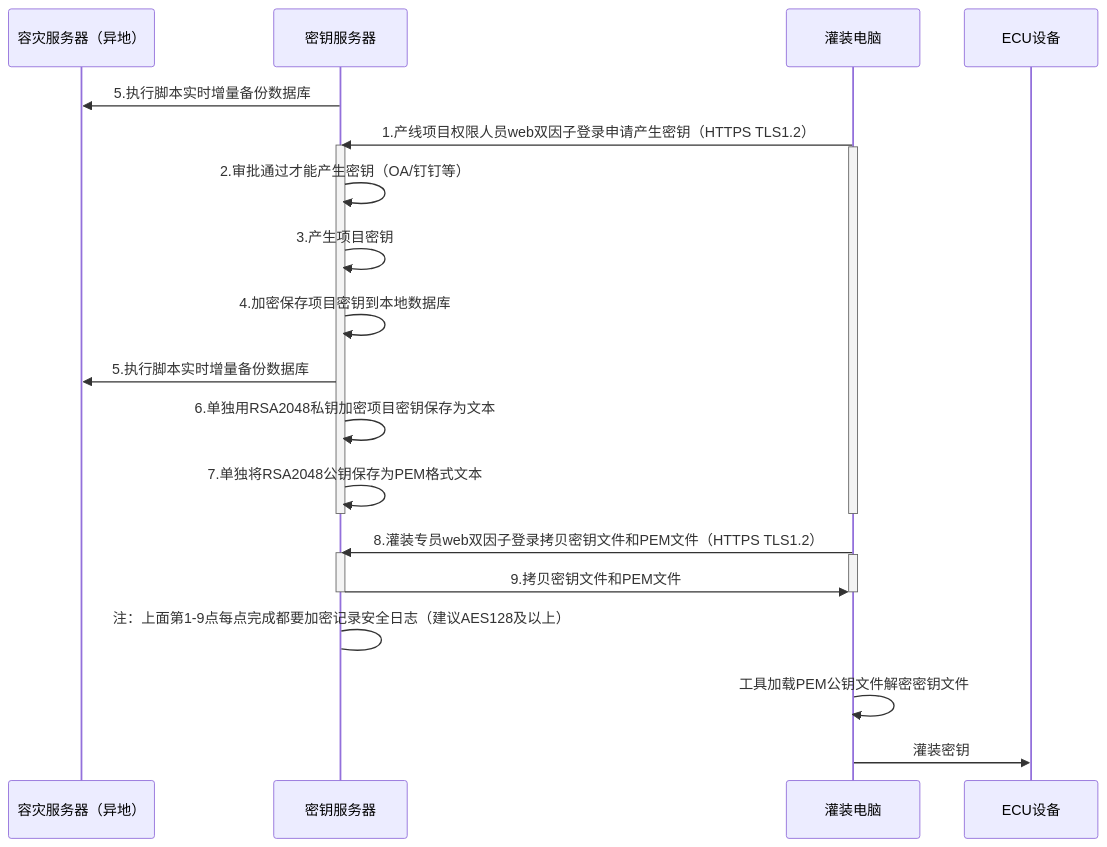
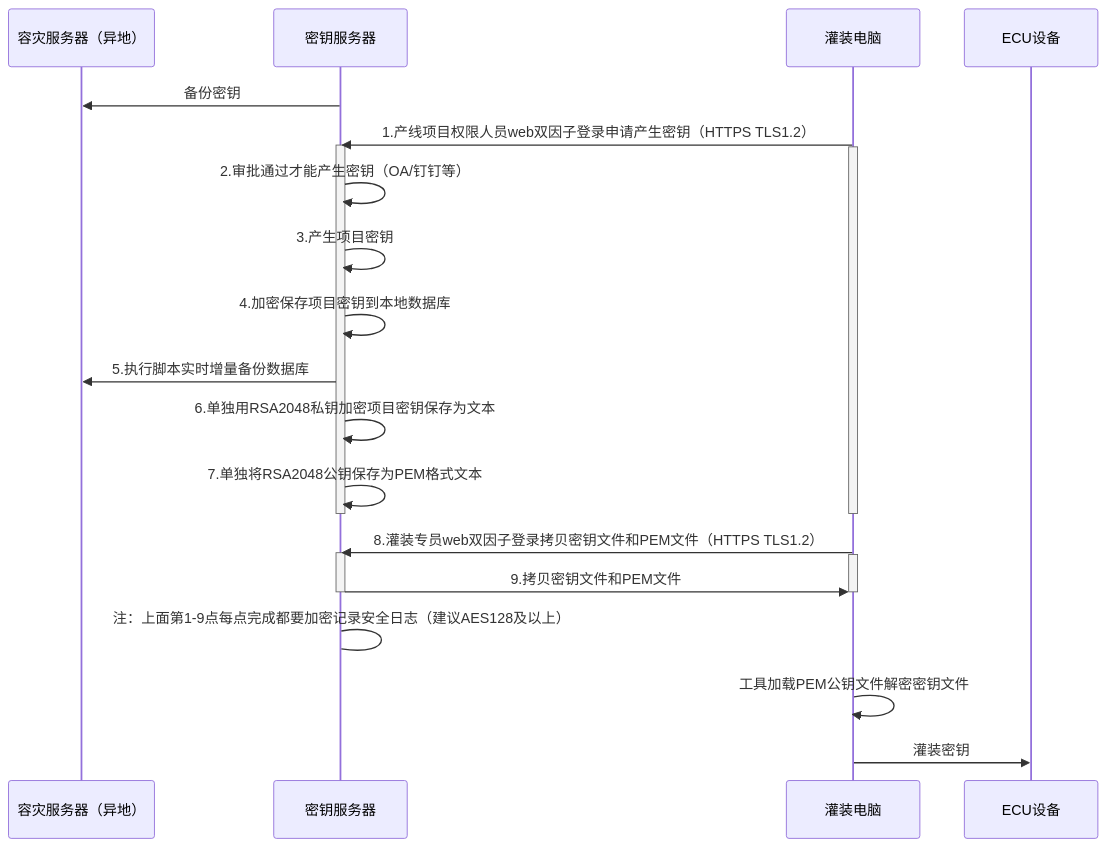
One commit to facebook-cloud/iodraw-files changed the diagram in all/未命名-15.md. Above: the diagram before and after it, drawn with Mermaid.

Commit message:
2026-02-12 16:17:14 update

````diff
--- a/all/未命名-15.md
+++ b/all/未命名-15.md
@@ -1,32 +1,32 @@
 ```mermaid
 sequenceDiagram
     participant A as 容灾服务器（异地）
     participant B as 密钥服务器
     participant D as 灌装电脑
     participant E as ECU设备
 
-    B->>A: 5.执行脚本实时增量备份数据库
+    B->>A: 备份密钥
     D->>B: 1.产线项目权限人员web双因子登录申请产生密钥（HTTPS TLS1.2）
     activate B
     activate D
     B->>B: 2.审批通过才能产生密钥（OA/钉钉等）
     B->>B: 3.产生项目密钥
     B->>B: 4.加密保存项目密钥到本地数据库
     B->>A: 5.执行脚本实时增量备份数据库
     B->>B: 6.单独用RSA2048私钥加密项目密钥保存为文本
     B->>B: 7.单独将RSA2048公钥保存为PEM格式文本
     deactivate B
     deactivate D
     
     D->>B: 8.灌装专员web双因子登录拷贝密钥文件和PEM文件（HTTPS TLS1.2）
     activate B
     activate D
     B->>D: 9.拷贝密钥文件和PEM文件
     deactivate B
     deactivate D
     B->B: 注：上面第1-9点每点完成都要加密记录安全日志（建议AES128及以上）
 
     D->>D:工具加载PEM公钥文件解密密钥文件
     
     D->>E: 灌装密钥
 ```
````
